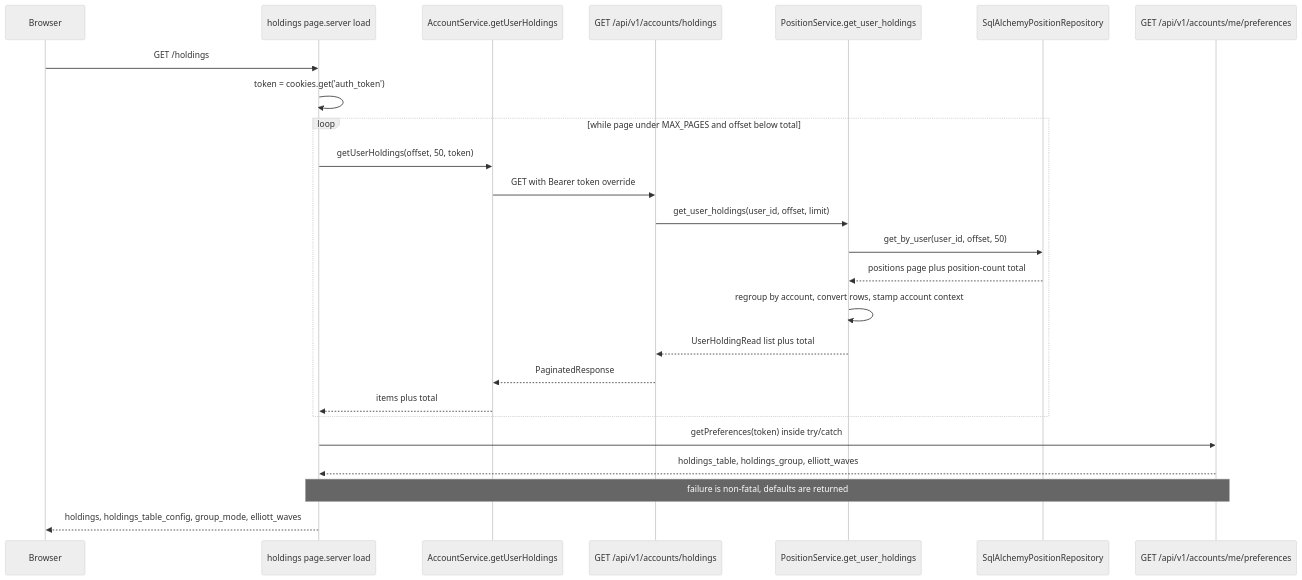
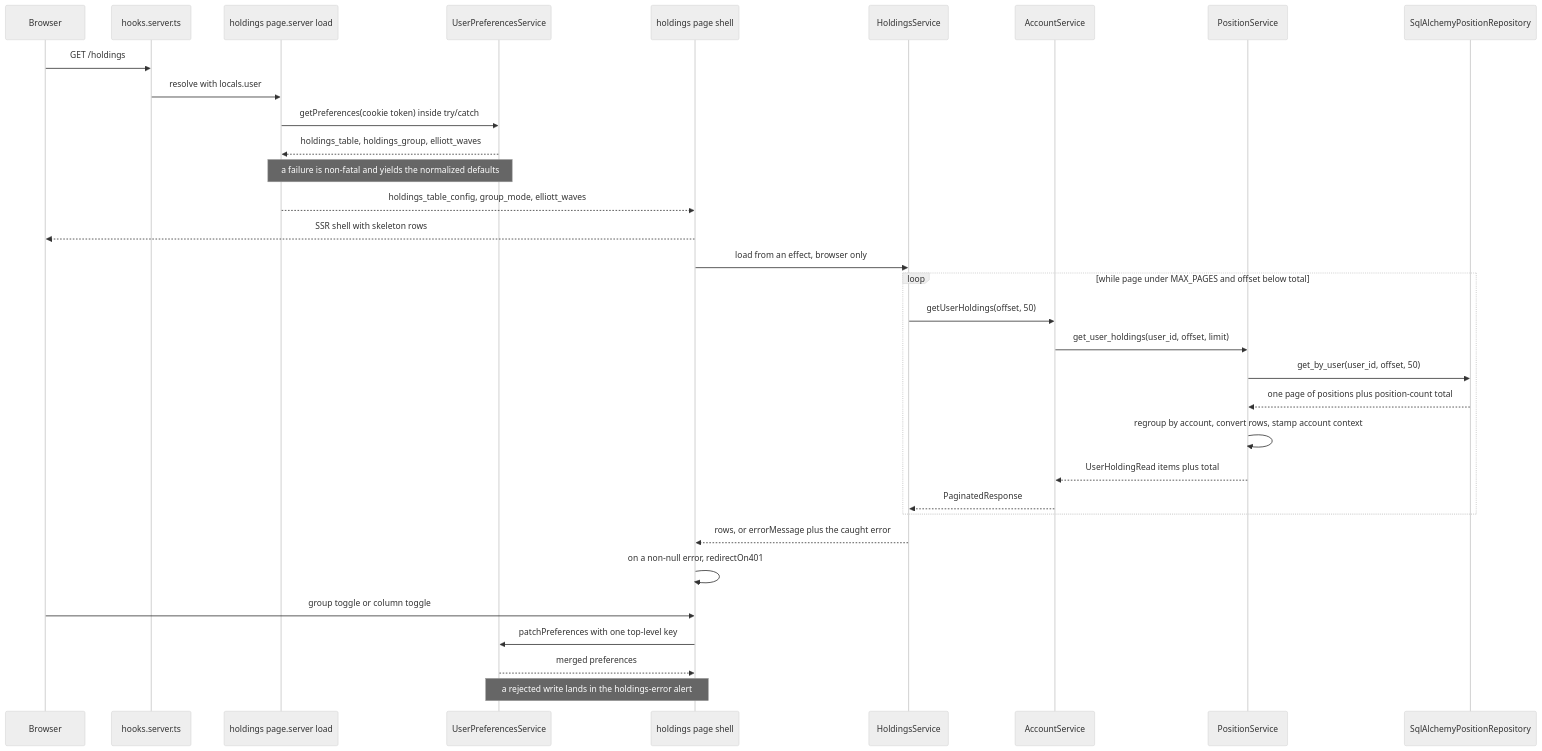
Before and after one commit to havekes/retail-portfolio: the first of 2 diagrams in openwiki/workflows/accounts-and-holdings-views.md, drawn with Mermaid (neutral theme). The commit also changed other lines of this file and 28 other files, not shown here.

````diff
--- a/openwiki/workflows/accounts-and-holdings-views.md
+++ b/openwiki/workflows/accounts-and-holdings-views.md
@@ -223,28 +271,36 @@
 ```mermaid
 sequenceDiagram
     participant Browser
+    participant Hook as hooks.server.ts
     participant Load as holdings page.server load
-    participant Svc as AccountService.getUserHoldings
-    participant API as GET /api/v1/accounts/holdings
-    participant Svc2 as PositionService.get_user_holdings
+    participant Prefs as UserPreferencesService
+    participant Shell as holdings page shell
+    participant Svc as HoldingsService
+    participant API as AccountService
+    participant PS as PositionService
     participant Repo as SqlAlchemyPositionRepository
-    participant Prefs as GET /api/v1/accounts/me/preferences
 
-    Browser->>Load: GET /holdings
-    Load->>Load: token = cookies.get('auth_token')
+    Browser->>Hook: GET /holdings
+    Hook->>Load: resolve with locals.user
+    Load->>Prefs: getPreferences(cookie token) inside try/catch
+    Prefs-->>Load: holdings_table, holdings_group, elliott_waves
+    Note over Load,Prefs: a failure is non-fatal and yields the normalized defaults
+    Load-->>Shell: holdings_table_config, group_mode, elliott_waves
+    Shell-->>Browser: SSR shell with skeleton rows
+    Shell->>Svc: load from an effect, browser only
     loop while page under MAX_PAGES and offset below total
-        Load->>Svc: getUserHoldings(offset, 50, token)
-        Svc->>API: GET with Bearer token override
-        API->>Svc2: get_user_holdings(user_id, offset, limit)
-        Svc2->>Repo: get_by_user(user_id, offset, 50)
-        Repo-->>Svc2: positions page plus position-count total
-        Svc2->>Svc2: regroup by account, convert rows, stamp account context
-        Svc2-->>API: UserHoldingRead list plus total
+        Svc->>API: getUserHoldings(offset, 50)
+        API->>PS: get_user_holdings(user_id, offset, limit)
+        PS->>Repo: get_by_user(user_id, offset, 50)
+        Repo-->>PS: one page of positions plus position-count total
+        PS->>PS: regroup by account, convert rows, stamp account context
+        PS-->>API: UserHoldingRead items plus total
         API-->>Svc: PaginatedResponse
-        Svc-->>Load: items plus total
     end
-    Load->>Prefs: getPreferences(token) inside try/catch
-    Prefs-->>Load: holdings_table, holdings_group, elliott_waves
-    Note over Load,Prefs: failure is non-fatal, defaults are returned
-    Load-->>Browser: holdings, holdings_table_config, group_mode, elliott_waves
+    Svc-->>Shell: rows, or errorMessage plus the caught error
+    Shell->>Shell: on a non-null error, redirectOn401
+    Browser->>Shell: group toggle or column toggle
+    Shell->>Prefs: patchPreferences with one top-level key
+    Prefs-->>Shell: merged preferences
+    Note over Shell,Prefs: a rejected write lands in the holdings-error alert
 ```
````
